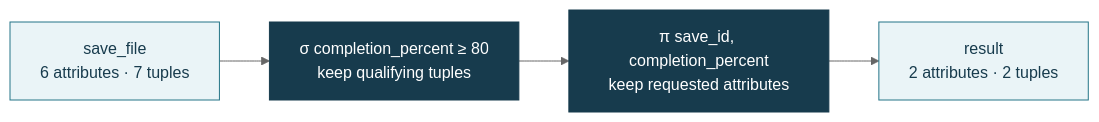
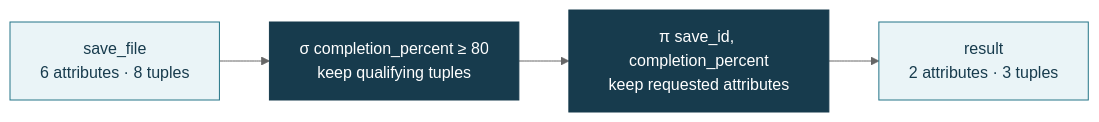
Before and after one commit to JacobDowns/CSCI340: the second of 3 diagrams in lectures/week-03-asking-questions-with-sql.qmd, drawn with Mermaid (neutral theme). The commit also changed other lines of this file and 1 other file, not shown here.

Commit message:
Ignore review folder; keep week-03 lecture edits

````diff
--- a/lectures/week-03-asking-questions-with-sql.qmd
+++ b/lectures/week-03-asking-questions-with-sql.qmd
@@ -469,11 +515,11 @@
 ```{mermaid}
 flowchart LR
-    A["save_file<br/>6 attributes · 7 tuples"] --> B["σ completion_percent ≥ 80<br/>keep qualifying tuples"]
+    A["save_file<br/>6 attributes · 8 tuples"] --> B["σ completion_percent ≥ 80<br/>keep qualifying tuples"]
     B --> C["π save_id, completion_percent<br/>keep requested attributes"]
-    C --> D["result<br/>2 attributes · 2 tuples"]
+    C --> D["result<br/>2 attributes · 3 tuples"]
 
     classDef relation fill:#eaf4f7,stroke:#247487,color:#173b4d;
     classDef operation fill:#173b4d,stroke:#173b4d,color:#ffffff;
     class A,D relation;
     class B,C operation;
 ```
````
